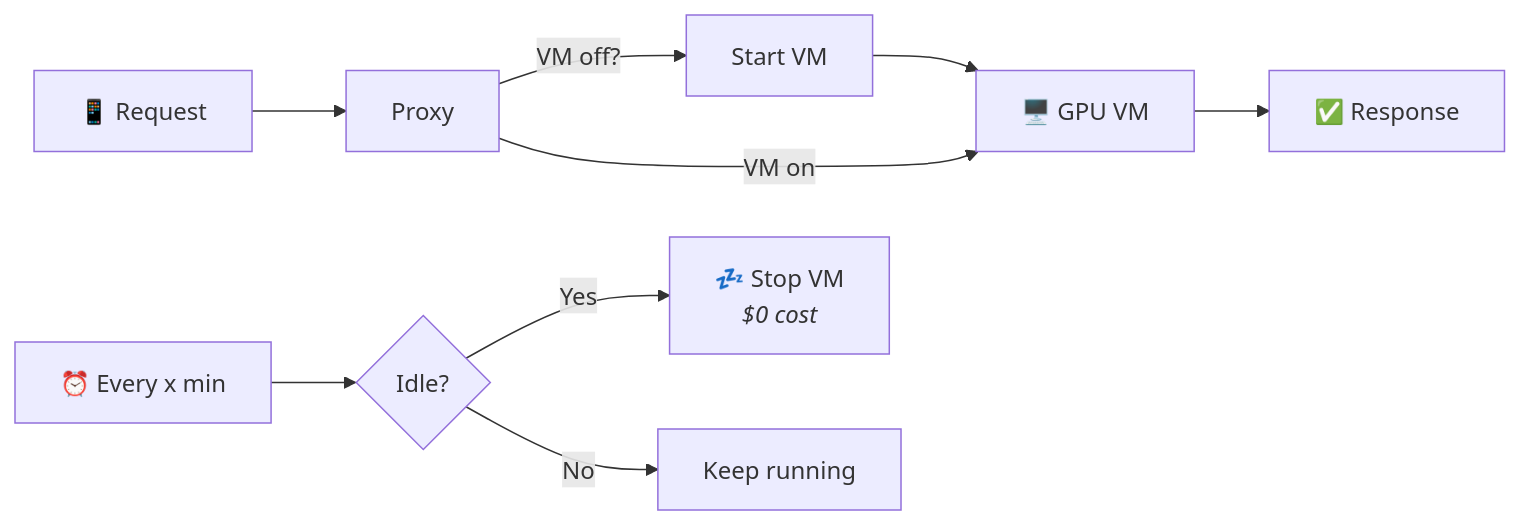
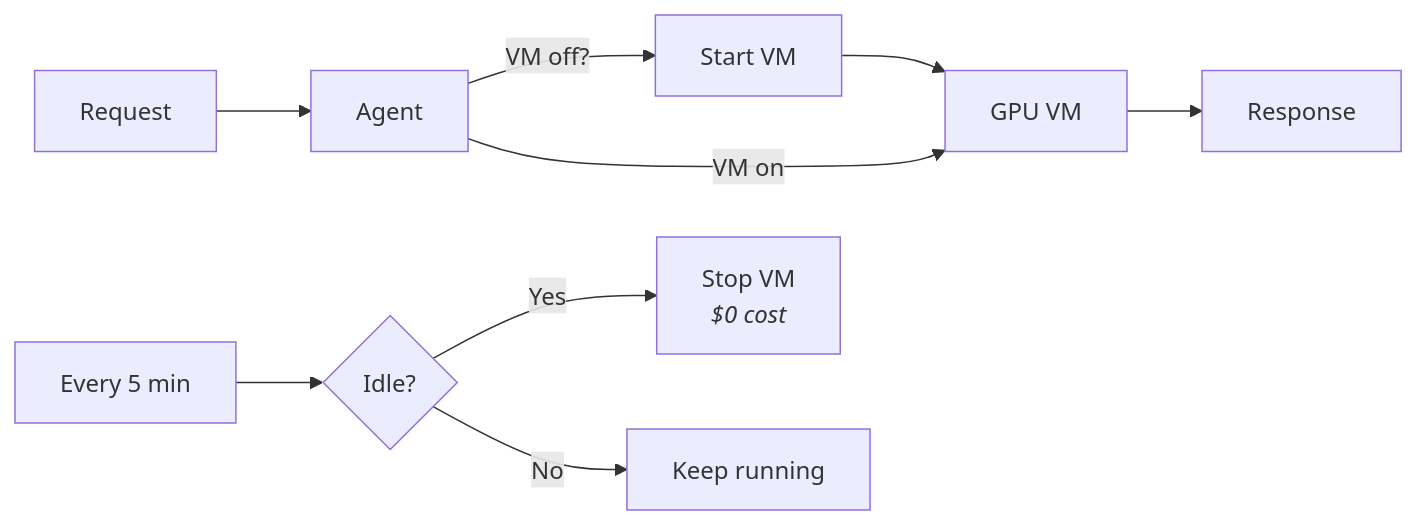
The first of 2 diagrams in README.md (stewartpark/private-llm), drawn with Mermaid before and after one commit. The commit also changed other lines of this file and 28 other files, not shown here.

````diff
--- a/README.md
+++ b/README.md
@@ -95,11 +138,11 @@
 ```mermaid
 flowchart LR
-    Request["📱 Request"] --> Proxy
-    Proxy -->|"VM off?"| Start["Start VM"] --> VM
-    Proxy -->|"VM on"| VM["🖥️ GPU VM"]
-    VM --> Response["✅ Response"]
+    Request["Request"] --> Agent["Agent"]
+    Agent -->|"VM off?"| Start["Start VM"] --> VM
+    Agent -->|"VM on"| VM["GPU VM"]
+    VM --> Response["Response"]
 
-    Scheduler["⏰ Every x min"] --> Check{"Idle?"}
-    Check -->|Yes| Stop["💤 Stop VM<br/><i>$0 cost</i>"]
+    Scheduler["Every 5 min"] --> Check{"Idle?"}
+    Check -->|Yes| Stop["Stop VM<br/><i>$0 cost</i>"]
     Check -->|No| Keep["Keep running"]
 ```
````
